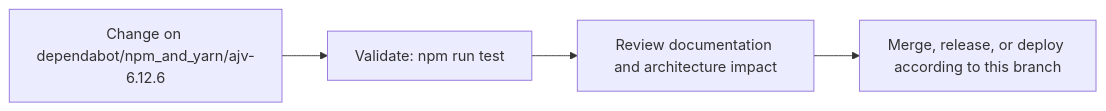
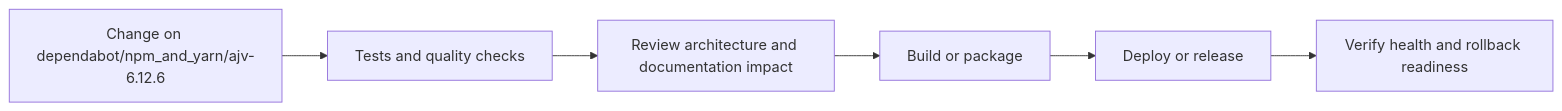
One commit to Nischhalsubba/rismfp-ui changed the fourth of 5 diagrams in README.md. Above: the diagram before and after it, drawn with Mermaid. The commit also changed other lines of this file, not shown here.

````diff
--- a/README.md
+++ b/README.md
@@ -66,8 +135,8 @@
 ```mermaid
 flowchart LR
-    CHANGE["Change on dependabot/npm_and_yarn/ajv-6.12.6"]
-    CHECK["Validate: npm run test"]
-    REVIEW["Review documentation and architecture impact"]
-    RELEASE["Merge, release, or deploy according to this branch"]
-    CHANGE --> CHECK --> REVIEW --> RELEASE
+    CHANGE["Change on dependabot/npm_and_yarn/ajv-6.12.6"] --> CHECK["Tests and quality checks"]
+    CHECK --> REVIEW["Review architecture and documentation impact"]
+    REVIEW --> BUILD["Build or package"]
+    BUILD --> DEPLOY["Deploy or release"]
+    DEPLOY --> VERIFY["Verify health and rollback readiness"]
 ```
````
